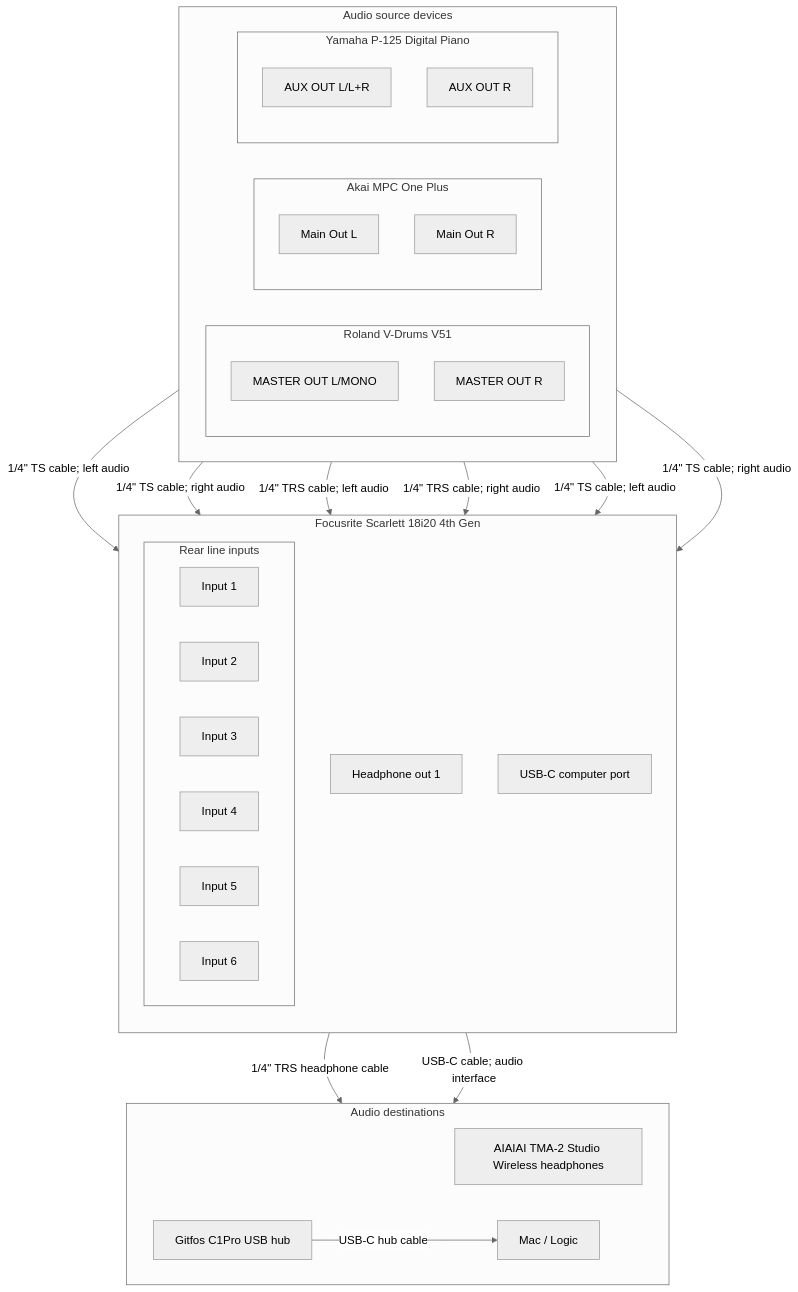
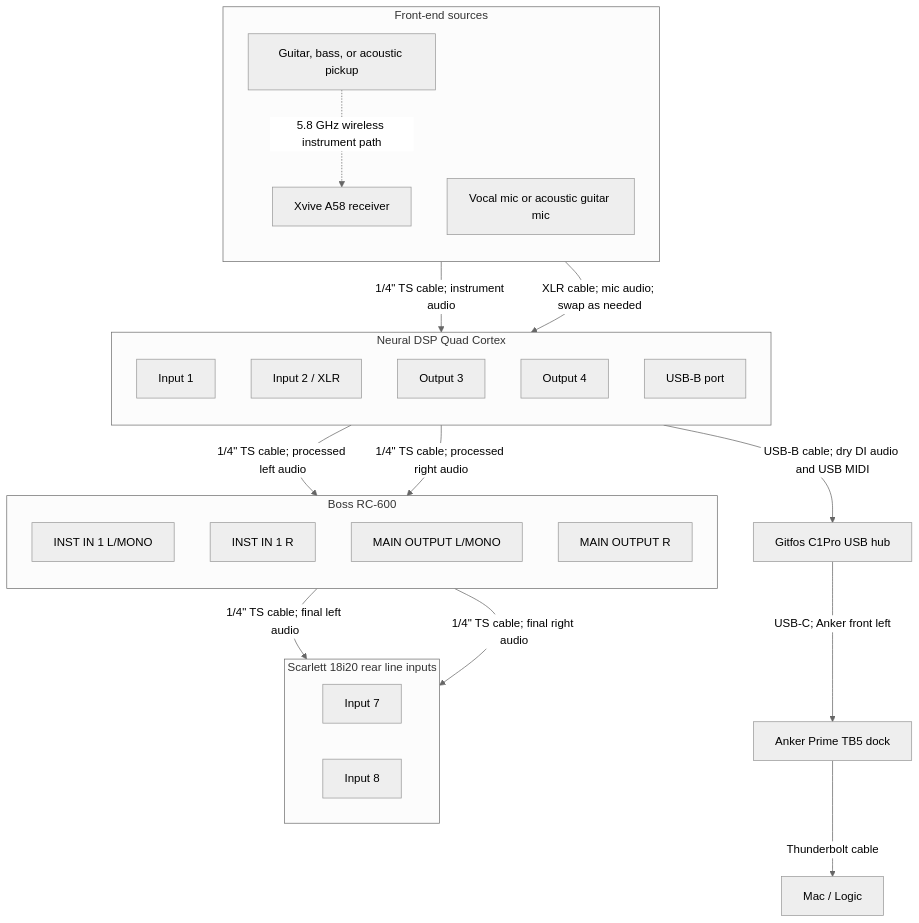
Before and after one commit to thewoolleyman/music-studio: the fourth of 9 diagrams in AGENTS.md, drawn with Mermaid (neutral theme). The commit also changed other lines of this file, not shown here.

Commit message:
Document studio aggregate routing

````diff
--- a/AGENTS.md
+++ b/AGENTS.md
@@ -180,56 +265,47 @@
 ```mermaid
 flowchart TB
-    subgraph AudioSources["Audio source devices"]
-        direction LR
-
-        subgraph V51Audio["Roland V-Drums V51"]
-            direction TB
-            V51OutL["MASTER OUT L/MONO"]
-            V51OutR["MASTER OUT R"]
-        end
-
-        subgraph MPCAudio["Akai MPC One Plus"]
-            direction TB
-            MPCL["Main Out L"]
-            MPCR["Main Out R"]
-        end
-
-        subgraph YamahaAudio["Yamaha P-125 Digital Piano"]
-            direction TB
-            YamahaOutL["AUX OUT L/L+R"]
-            YamahaOutR["AUX OUT R"]
-        end
+    subgraph FrontEnd["Front-end sources"]
+        direction TB
+        Guitar["Guitar, bass, or acoustic pickup"]
+        XviveRx["Xvive A58 receiver"]
+        Mic["Vocal mic or acoustic guitar mic"]
     end
 
-    subgraph ScarlettAudio["Focusrite Scarlett 18i20 4th Gen"]
+    subgraph QuadAudio["Neural DSP Quad Cortex"]
         direction TB
-        subgraph ScarlettInputs["Rear line inputs"]
-            direction LR
-            ScarlettIn1["Input 1"]
-            ScarlettIn2["Input 2"]
-            ScarlettIn3["Input 3"]
-            ScarlettIn4["Input 4"]
-            ScarlettIn5["Input 5"]
-            ScarlettIn6["Input 6"]
-        end
-        ScarlettHP1["Headphone out 1"]
-        ScarlettUSB["USB-C computer port"]
+        QuadIn1["Input 1"]
+        QuadIn2["Input 2 / XLR"]
+        QuadOut3["Output 3"]
+        QuadOut4["Output 4"]
+        QuadUSB["USB-B port"]
     end
 
-    subgraph AudioDestinations["Audio destinations"]
-        direction LR
-        Headphones["AIAIAI TMA-2 Studio Wireless headphones"]
-        Hub["Gitfos C1Pro USB hub"]
-        Logic["Mac / Logic"]
+    subgraph RC600AudioDetail["Boss RC-600"]
+        direction TB
+        RCInstL["INST IN 1 L/MONO"]
+        RCInstR["INST IN 1 R"]
+        RCMainLDetail["MAIN OUTPUT L/MONO"]
+        RCMainRDetail["MAIN OUTPUT R"]
     end
 
-    V51OutL -->|1/4&quot; TS cable; left audio| ScarlettIn1
-    V51OutR -->|1/4&quot; TS cable; right audio| ScarlettIn2
-    MPCL -->|1/4&quot; TRS cable; left audio| ScarlettIn3
-    MPCR -->|1/4&quot; TRS cable; right audio| ScarlettIn4
-    YamahaOutL -->|1/4&quot; TS cable; left audio| ScarlettIn5
-    YamahaOutR -->|1/4&quot; TS cable; right audio| ScarlettIn6
-    ScarlettHP1 -->|1/4&quot; TRS headphone cable| Headphones
-    ScarlettUSB -->|USB-C cable; audio interface| Hub
-    Hub -->|USB-C hub cable| Logic
+    subgraph ScarlettLoopInputs["Scarlett 18i20 rear line inputs"]
+        direction LR
+        ScarlettIn7Detail["Input 7"]
+        ScarlettIn8Detail["Input 8"]
+    end
+
+    HubLoop["Gitfos C1Pro USB hub"]
+    AnkerLoop["Anker Prime TB5 dock"]
+    LogicLoop["Mac / Logic"]
+
+    Guitar -.->|5.8 GHz wireless instrument path| XviveRx
+    XviveRx -->|1/4&quot; TS cable; instrument audio| QuadIn1
+    Mic -->|XLR cable; mic audio; swap as needed| QuadIn2
+    QuadOut3 -->|1/4&quot; TS cable; processed left audio| RCInstL
+    QuadOut4 -->|1/4&quot; TS cable; processed right audio| RCInstR
+    RCMainLDetail -->|1/4&quot; TS cable; final left audio| ScarlettIn7Detail
+    RCMainRDetail -->|1/4&quot; TS cable; final right audio| ScarlettIn8Detail
+    QuadUSB -->|USB-B cable; dry DI audio and USB MIDI| HubLoop
+    HubLoop -->|USB-C; Anker front left| AnkerLoop
+    AnkerLoop -->|Thunderbolt cable| LogicLoop
 ```
````
